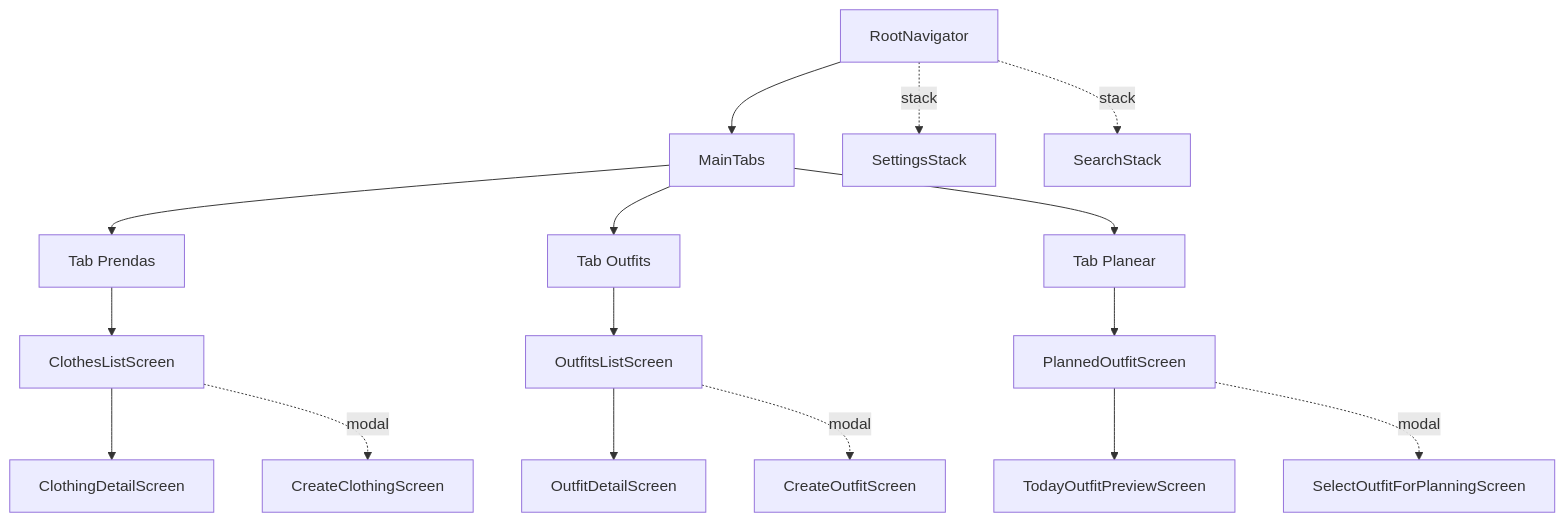
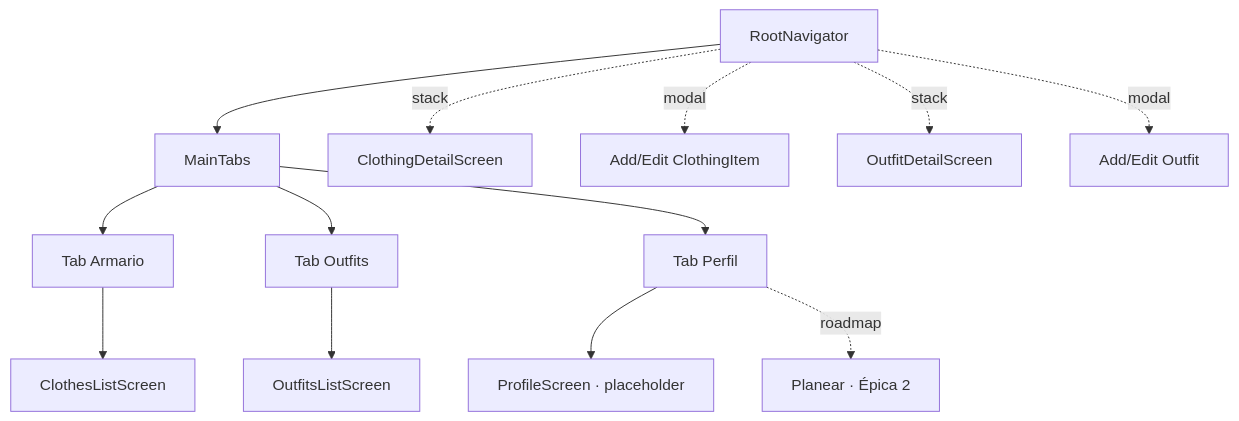
One commit to danielmao/ready changed the first of 3 diagrams in README.md. Above: the diagram before and after it, drawn with Mermaid. The commit also changed other lines of this file and 1 other file, not shown here.

Commit message:
docs: sincronizar navegación (tabs Armario/Outfits/Perfil) con lo shippeado
El diseño aprobado usa Perfil como 3er tab (no Planear), y los detalles/altas se
apilan en el stack raíz. Se actualiza docs/05-FRONTEND-INTEGRATION.md y el README,
marcando Planear/Settings/Search como roadmap (Épica 2).

````diff
--- a/README.md
+++ b/README.md
@@ -130,22 +131,18 @@
 ```mermaid
 graph TD
     Root[RootNavigator] --> Tabs[MainTabs]
-    Tabs --> T1[Tab Prendas]
+    Tabs --> T1[Tab Armario]
     Tabs --> T2[Tab Outfits]
-    Tabs --> T3[Tab Planear]
+    Tabs --> T3[Tab Perfil]
 
     T1 --> CL[ClothesListScreen]
-    CL --> CD[ClothingDetailScreen]
-    CL -. modal .-> CC[CreateClothingScreen]
+    T2 --> OL[OutfitsListScreen]
+    T3 --> PR[ProfileScreen · placeholder]
 
-    T2 --> OL[OutfitsListScreen]
-    OL --> OD[OutfitDetailScreen]
-    OL -. modal .-> OC[CreateOutfitScreen]
+    Root -. stack .-> CD[ClothingDetailScreen]
+    Root -. modal .-> CC[Add/Edit ClothingItem]
+    Root -. stack .-> OD[OutfitDetailScreen]
+    Root -. modal .-> OC[Add/Edit Outfit]
 
-    T3 --> PO[PlannedOutfitScreen]
-    PO --> TP[TodayOutfitPreviewScreen]
-    PO -. modal .-> SO[SelectOutfitForPlanningScreen]
-
-    Root -. stack .-> SET[SettingsStack]
-    Root -. stack .-> SEA[SearchStack]
+    T3 -. roadmap .-> PO[Planear · Épica 2]
 ```
````
